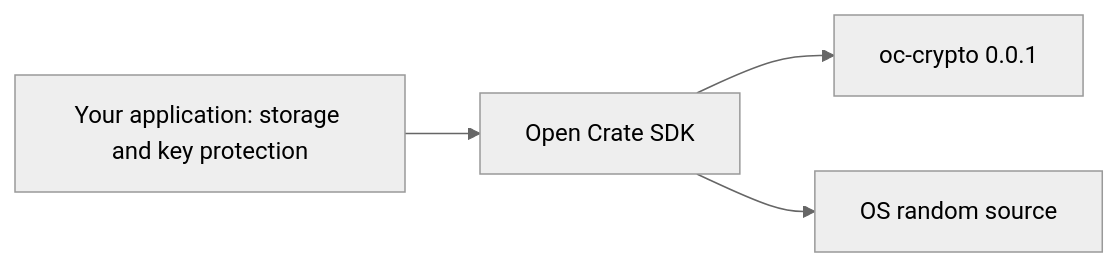
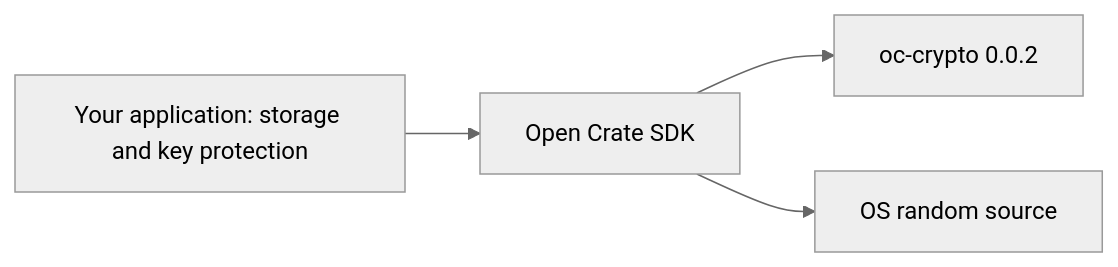
One commit to AlexiAxAxA/OpenCrateSDK changed the diagram in docs/architecture.md. Above: the diagram before and after it, drawn with Mermaid (neutral theme). The commit also changed other lines of this file and 5 other files, not shown here.

Commit message:
Release SDK 0.0.2 on oc-crypto 0.0.2

````diff
--- a/docs/architecture.md
+++ b/docs/architecture.md
@@ -10,6 +10,6 @@
 ```mermaid
 flowchart LR
   App[Your application: storage and key protection] --> SDK[Open Crate SDK]
-  SDK --> Core[oc-crypto 0.0.1]
+  SDK --> Core[oc-crypto 0.0.2]
   SDK --> OS[OS random source]
 ```
````
